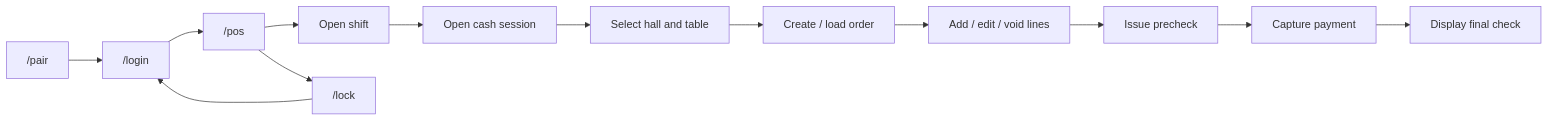
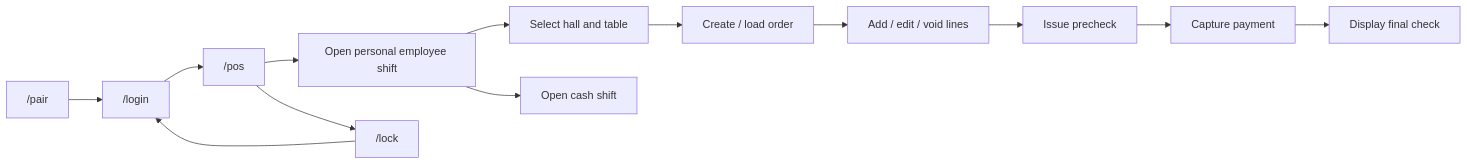
One commit to serty2005/mh-pos changed the diagram in docs/ui/POS-UI-SPEC.md. Above: the diagram before and after it, drawn with Mermaid. The commit also changed other lines of this file and 25 other files, not shown here.

````diff
--- a/docs/ui/POS-UI-SPEC.md
+++ b/docs/ui/POS-UI-SPEC.md
@@ -121,15 +122,15 @@
 ```mermaid
 flowchart LR
     Pair["/pair"] --> Login["/login"]
     Login --> POS["/pos"]
-    POS --> Shift["Open shift"]
-    Shift --> Cash["Open cash session"]
-    Cash --> Table["Select hall and table"]
+    POS --> Shift["Open personal employee shift"]
+    Shift --> Table["Select hall and table"]
+    Shift --> Cash["Open cash shift"]
     Table --> Order["Create / load order"]
     Order --> Edit["Add / edit / void lines"]
     Edit --> Precheck["Issue precheck"]
     Precheck --> Pay["Capture payment"]
     Pay --> Check["Display final check"]
     POS --> Lock["/lock"]
     Lock --> Login
 ```
````
